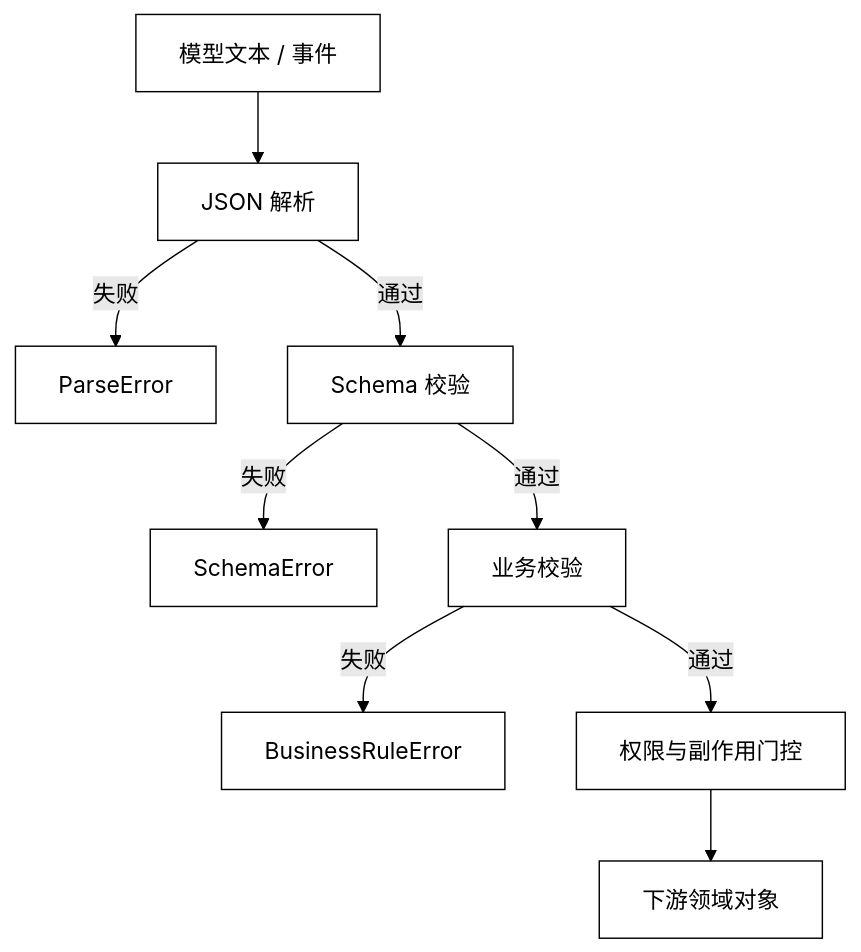
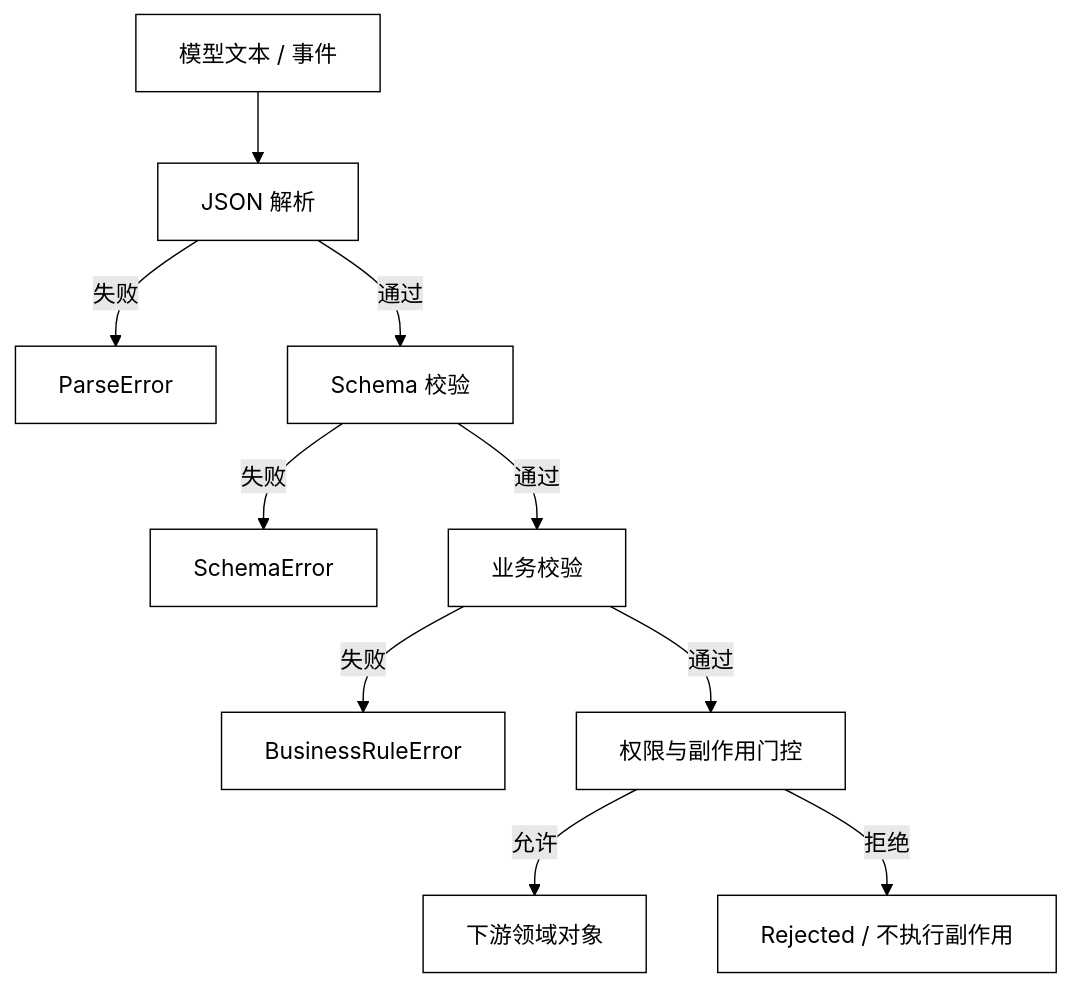
Before and after one commit to clint-sfy/clintsfy.github.io: the diagram in docs/courses/agent/03-模型与消息/07-Structured-Output与Schema校验.md, drawn with Mermaid (forest theme). The commit also changed other lines of this file and 7 other files, not shown here.

Commit message:
fix(agent): refine course mermaid boundaries

````diff
--- a/docs/courses/agent/03-模型与消息/07-Structured-Output与Schema校验.md
+++ b/docs/courses/agent/03-模型与消息/07-Structured-Output与Schema校验.md
@@ -24,14 +24,15 @@
 ```mermaid
 flowchart TD
     Output["模型文本 / 事件"] --> Parse["JSON 解析"]
     Parse -->|失败| ParseError["ParseError"]
     Parse -->|通过| Schema["Schema 校验"]
     Schema -->|失败| SchemaError["SchemaError"]
     Schema -->|通过| Business["业务校验"]
     Business -->|失败| BusinessError["BusinessRuleError"]
     Business -->|通过| Gate["权限与副作用门控"]
-    Gate --> Domain["下游领域对象"]
+    Gate -->|允许| Domain["下游领域对象"]
+    Gate -->|拒绝| Rejected["Rejected / 不执行副作用"]
 
     classDef core fill:transparent,stroke:currentColor,color:currentColor,stroke-width:1px;
-    class Output,Parse,ParseError,Schema,SchemaError,Business,BusinessError,Gate,Domain core;
+    class Output,Parse,ParseError,Schema,SchemaError,Business,BusinessError,Gate,Domain,Rejected core;
 ```
````
